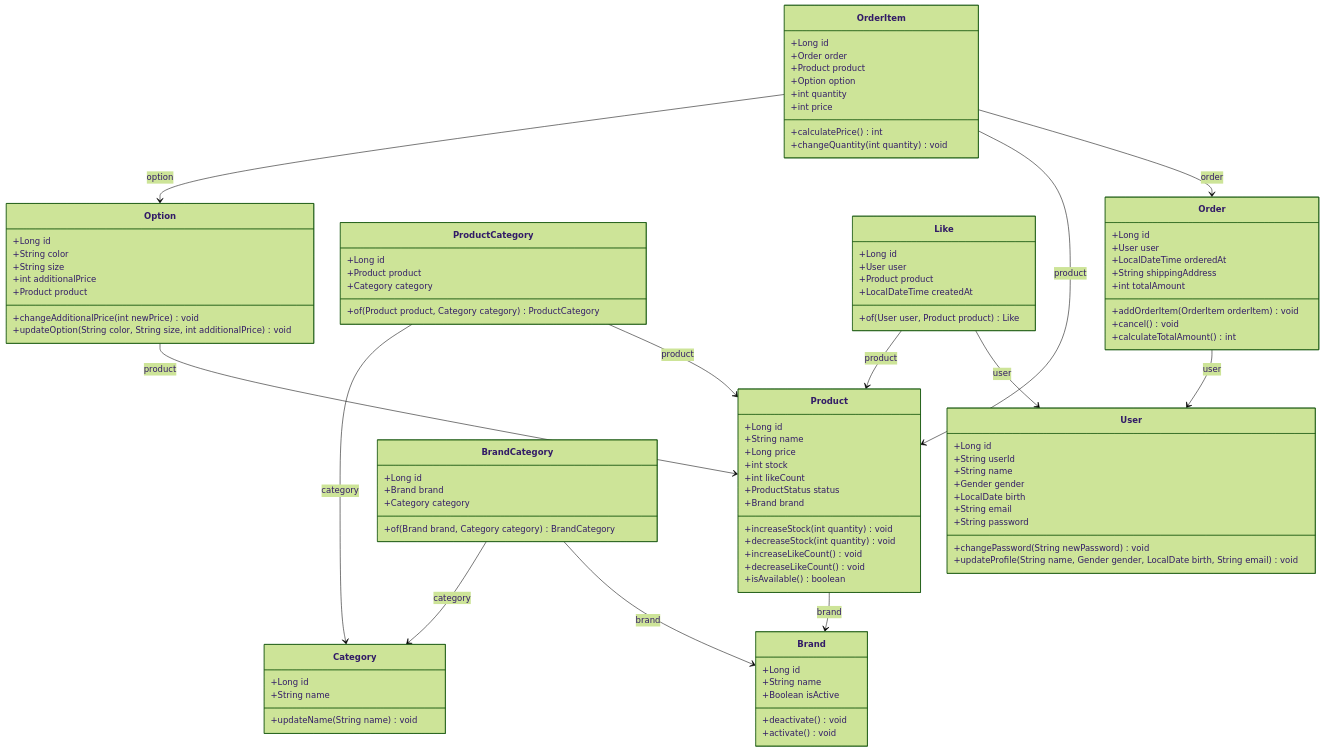
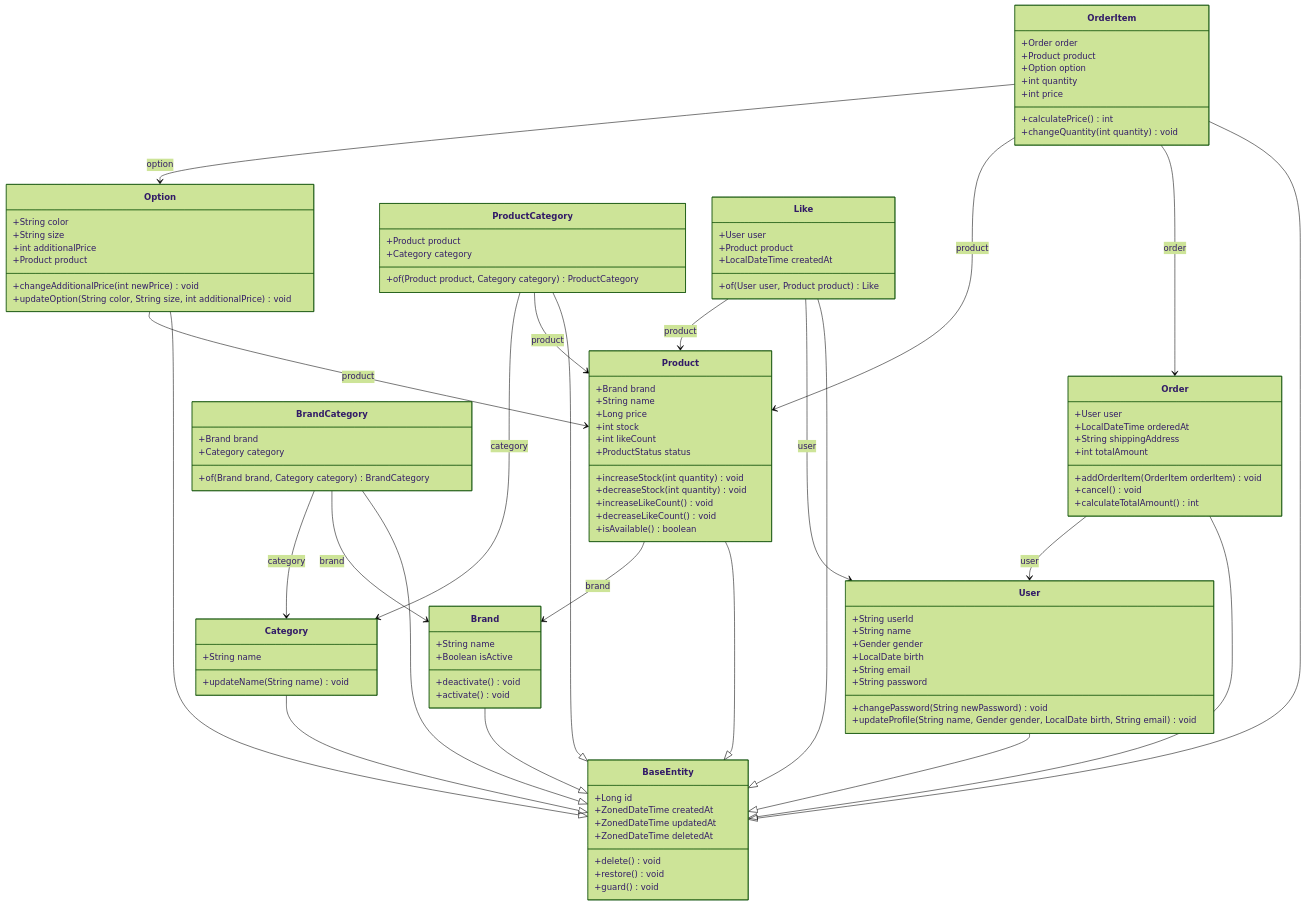
Before and after one commit to HuijinKang/loopers-e-commerce: the diagram in docs/design/03-class-diagrams.md, drawn with Mermaid (forest theme).

Commit message:
docs: 클래스 다이어그램 4차

```diff
--- a/docs/design/03-class-diagrams.md
+++ b/docs/design/03-class-diagrams.md
@@ -4,13 +4,12 @@
 classDiagram
 
 class Product {
-  +Long id
+  +Brand brand
   +String name
   +Long price
   +int stock
   +int likeCount
   +ProductStatus status
-  +Brand brand
 
   +increaseStock(int quantity) void
   +decreaseStock(int quantity) void
@@ -20,7 +19,6 @@
 }
 
 class Option {
-  +Long id
   +String color
   +String size
   +int additionalPrice
@@ -31,7 +29,6 @@
 }
 
 class Brand {
-  +Long id
   +String name
   +Boolean isActive
 
@@ -40,14 +37,12 @@
 }
 
 class Category {
-  +Long id
   +String name
 
   +updateName(String name) void
 }
 
 class ProductCategory {
-  +Long id
   +Product product
   +Category category
 
@@ -55,7 +50,6 @@
 }
 
 class BrandCategory {
-  +Long id
   +Brand brand
   +Category category
 
@@ -63,7 +57,6 @@
 }
 
 class Like {
-  +Long id
   +User user
   +Product product
   +LocalDateTime createdAt
@@ -72,7 +65,6 @@
 }
 
 class Order {
-  +Long id
   +User user
   +LocalDateTime orderedAt
   +String shippingAddress
@@ -84,7 +76,6 @@
 }
 
 class OrderItem {
-  +Long id
   +Order order
   +Product product
   +Option option
@@ -96,7 +87,6 @@
 }
 
 class User {
-  +Long id
   +String userId
   +String name
   +Gender gender
@@ -108,18 +98,37 @@
   +updateProfile(String name, Gender gender, LocalDate birth, String email) void
 }
 
+class BaseEntity {
+  +Long id
+  +ZonedDateTime createdAt
+  +ZonedDateTime updatedAt
+  +ZonedDateTime deletedAt
+  +delete() void
+  +restore() void
+  +guard() void
+}
+
+%% 상속 관계
+Product --|> BaseEntity
+Option --|> BaseEntity
+Brand --|> BaseEntity
+Category --|> BaseEntity
+ProductCategory --|> BaseEntity
+BrandCategory --|> BaseEntity
+Like --|> BaseEntity
+Order --|> BaseEntity
+OrderItem --|> BaseEntity
+User --|> BaseEntity
+
+%% 연관 관계
 Option --> Product : product
-
 Product --> Brand : brand
 ProductCategory --> Product : product
 ProductCategory --> Category : category
-
 BrandCategory --> Brand : brand
 BrandCategory --> Category : category
-
 Like --> User : user
 Like --> Product : product
-
 Order --> User : user
 OrderItem --> Order : order
 OrderItem --> Product : product
```
